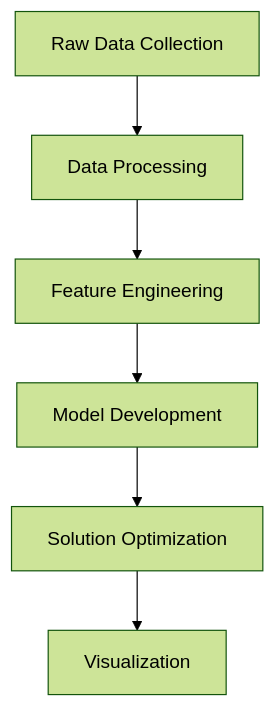
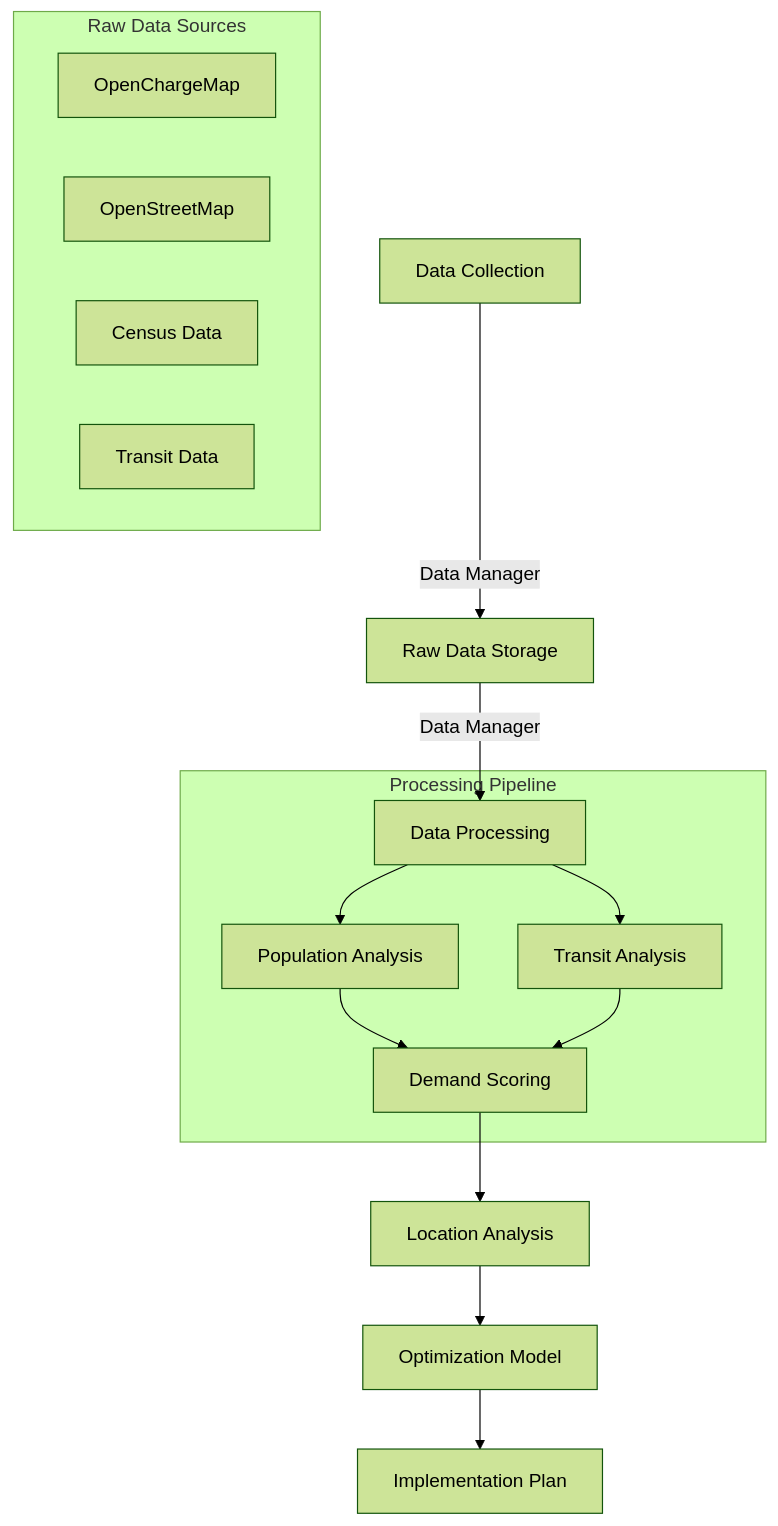
The diagram in README.md (jaxendutta/kwc-ev-charging-network-opt), drawn with Mermaid (forest theme) before and after one commit. The commit also changed other lines of this file and 19 other files, not shown here.

````diff
--- a/README.md
+++ b/README.md
@@ -109,8 +192,23 @@
 ```mermaid
 graph TD
-    A[Raw Data Collection] --> B[Data Processing]
-    B --> C[Feature Engineering]
-    C --> D[Model Development]
-    D --> E[Solution Optimization]
-    E --> F[Visualization]
+    A[Data Collection] -->|Data Manager| B[Raw Data Storage]
+    B --> |Data Manager| C[Data Processing]
+    
+    subgraph "Raw Data Sources"
+        D1[OpenChargeMap]
+        D2[OpenStreetMap]
+        D3[Census Data]
+        D4[Transit Data]
+    end
+    
+    subgraph "Processing Pipeline"
+        C --> E[Population Analysis]
+        C --> F[Transit Analysis]
+        E --> G[Demand Scoring]
+        F --> G
+    end
+    
+    G --> H[Location Analysis]
+    H --> I[Optimization Model]
+    I --> J[Implementation Plan]
 ```
````
